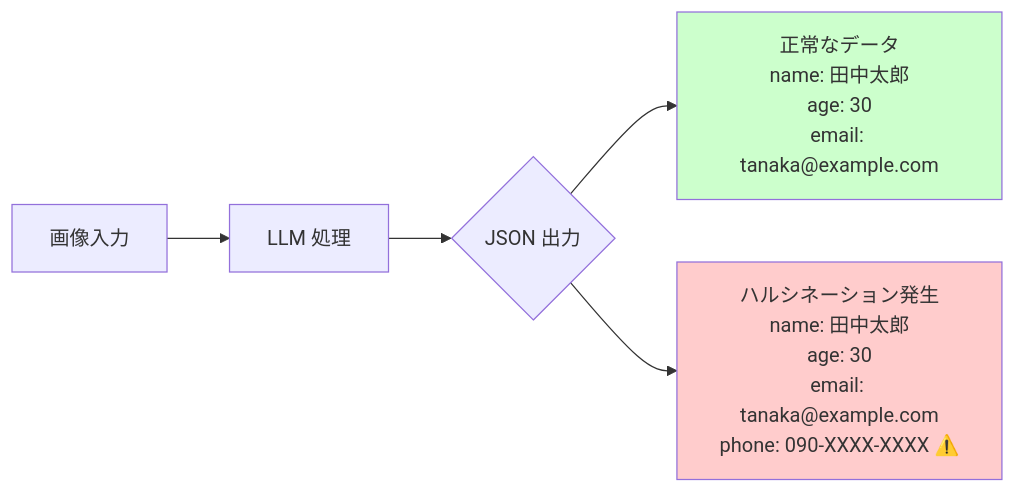
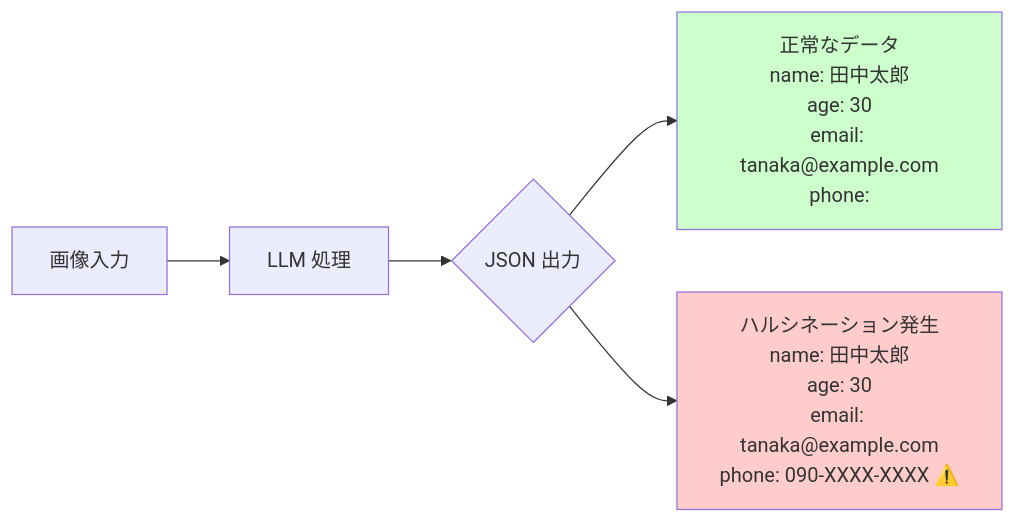
The first of 2 diagrams in articles/841c69200fe108.md (danny-yamamoto/zenn-docs), drawn with Mermaid before and after one commit. The commit also changed other lines of this file, not shown here.

````diff
--- a/articles/841c69200fe108.md
+++ b/articles/841c69200fe108.md
@@ -52,11 +52,11 @@
 ```mermaid
 graph LR
     A[画像入力] --> B[LLM 処理]
     B --> C{JSON 出力}
 
-    C --> D[正常なデータ<br/>name: 田中太郎<br/>age: 30<br/>email: tanaka@example.com]
+    C --> D[正常なデータ<br/>name: 田中太郎<br/>age: 30<br/>email: tanaka@example.com<br/>phone:]
     C --> E[ハルシネーション発生<br/>name: 田中太郎<br/>age: 30<br/>email: tanaka@example.com<br/>phone: 090-XXXX-XXXX ⚠️]
 
     style E fill:#ffcccc
     style D fill:#ccffcc
 ```
````
